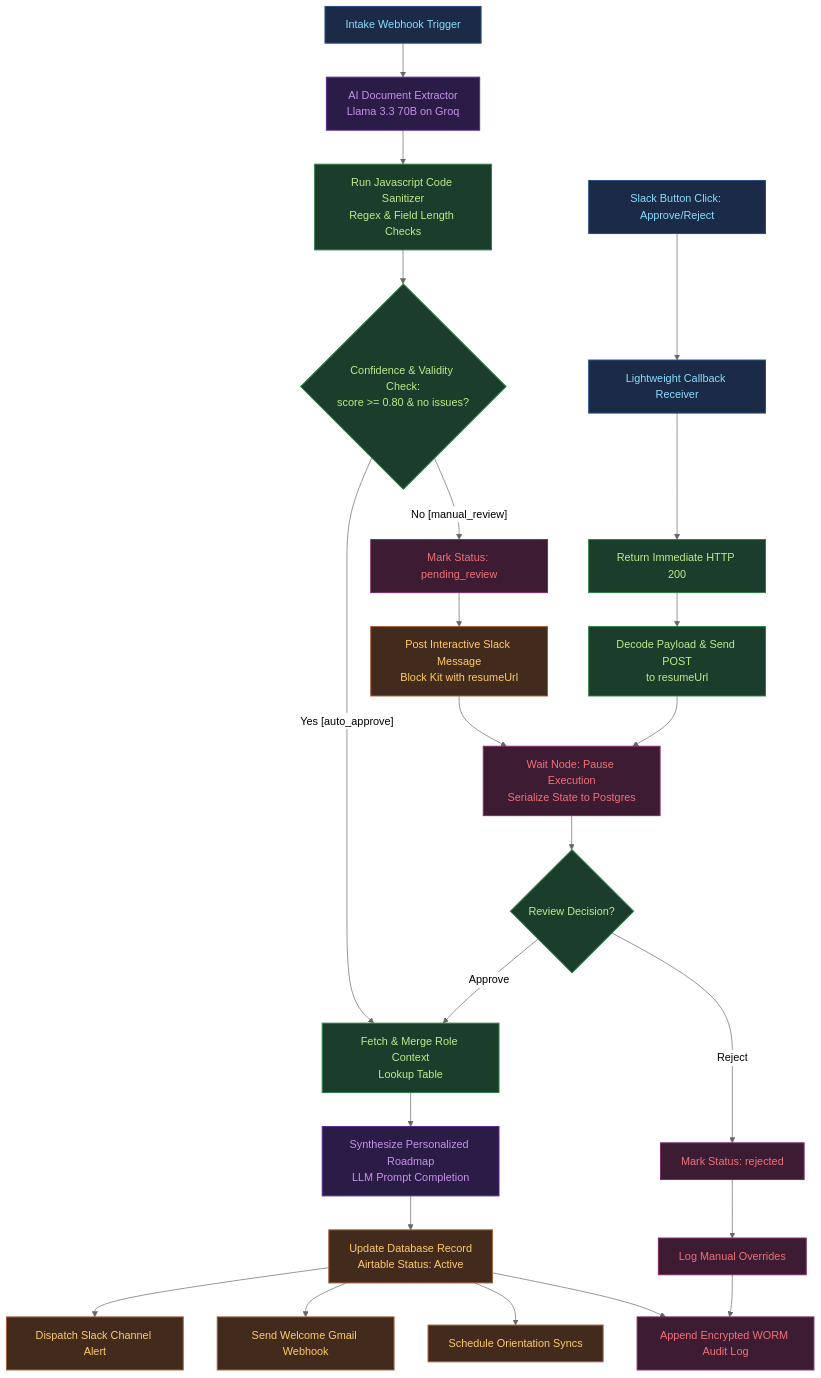
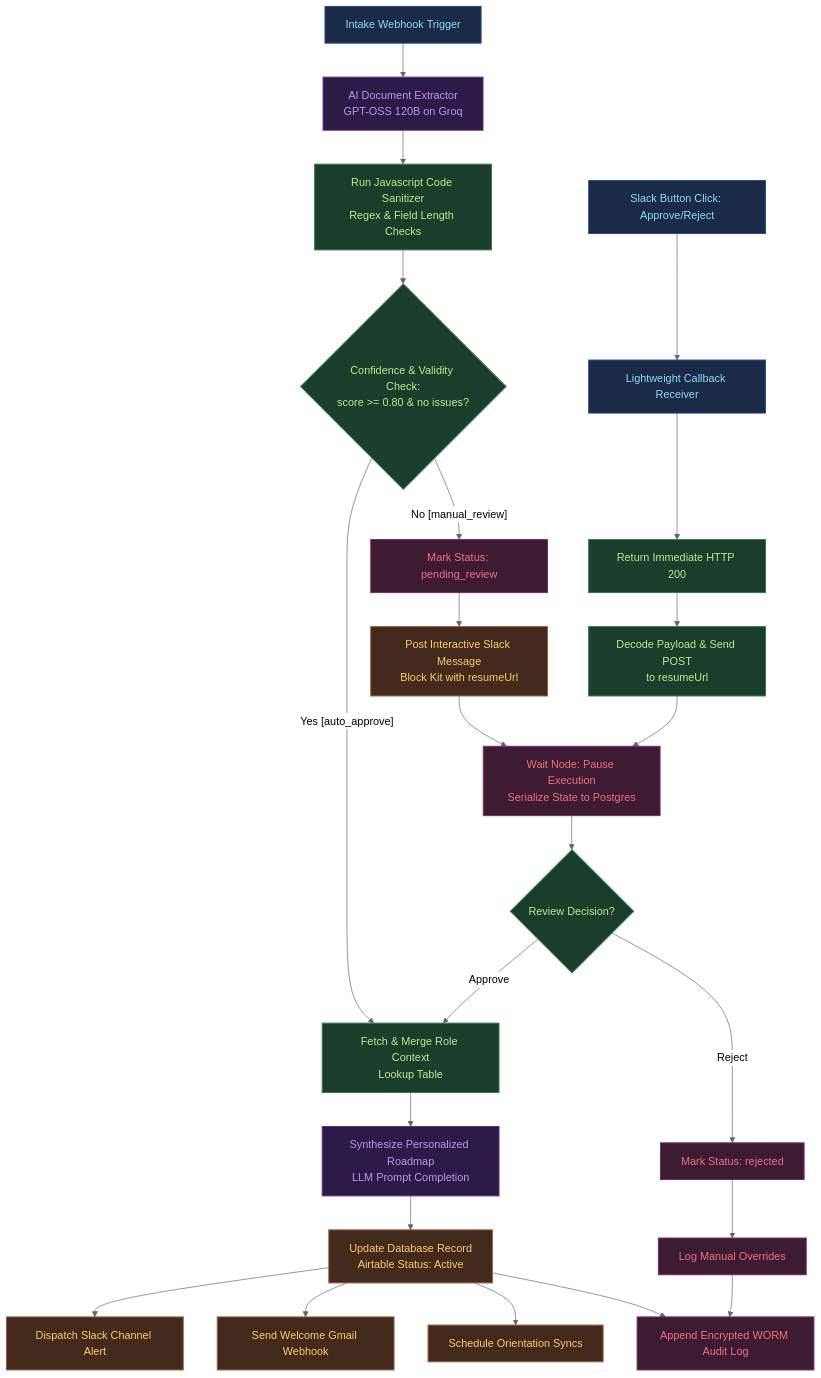
The diagram in starter/diagrams/flow.md (Ibrahim-Salman19/enterprise-ai-onboarding-automation), drawn with Mermaid (neutral theme) before and after one commit. The commit also changed 21 other files, not shown here.

````diff
--- a/starter/diagrams/flow.md
+++ b/starter/diagrams/flow.md
@@ -5,42 +5,42 @@
 ```mermaid
 flowchart TD
     %% Styling Nodes
     classDef trigger fill:#1b2a47,stroke:#264f87,stroke-width:1.5px,color:#89ddff;
     classDef ai fill:#2a1b47,stroke:#5c2d91,stroke-width:1.5px,color:#c792ea;
     classDef logic fill:#1b3d2b,stroke:#2d7d46,stroke-width:1.5px,color:#c3e88d;
     classDef system fill:#1e1e24,stroke:#3a3a4a,stroke-width:1px,color:#d4d4d8;
     classDef ext fill:#422a1d,stroke:#a15c38,stroke-width:1.5px,color:#ffcb6b;
     classDef state fill:#3d1b32,stroke:#7d2d64,stroke-width:1.5px,color:#f07178;
 
-    A[Intake Webhook Trigger]:::trigger --> B[AI Document Extractor<br/>Llama 3.3 70B on Groq]:::ai
+    A[Intake Webhook Trigger]:::trigger --> B[AI Document Extractor<br/>GPT-OSS 120B on Groq]:::ai
     B --> C[Run Javascript Code Sanitizer<br/>Regex & Field Length Checks]:::logic
     C --> D{Confidence & Validity Check:<br/>score >= 0.80 & no issues?}:::logic
     
     %% Automatic Pathway
     D -- Yes [auto_approve] --> E[Fetch & Merge Role Context<br/>Lookup Table]:::logic
     E --> F[Synthesize Personalized Roadmap<br/>LLM Prompt Completion]:::ai
     F --> G[Update Database Record<br/>Airtable Status: Active]:::ext
     G --> H[Dispatch Slack Channel Alert]:::ext
     G --> I[Send Welcome Gmail Webhook]:::ext
     G --> J[Schedule Orientation Syncs]:::ext
     
     %% Manual Queue Pathway (HITL)
     D -- No [manual_review] --> K[Mark Status: pending_review]:::state
     K --> L[Post Interactive Slack Message<br/>Block Kit with resumeUrl]:::ext
     L --> M[Wait Node: Pause Execution<br/>Serialize State to Postgres]:::state
     
     %% Slack Callback Resumption
     N[Slack Button Click: Approve/Reject]:::trigger --> O[Lightweight Callback Receiver]:::trigger
     O --> P[Return Immediate HTTP 200]:::logic
     P --> Q[Decode Payload & Send POST<br/>to resumeUrl]:::logic
     Q --> M
     
     M --> R{Review Decision?}:::logic
     R -- Approve --> E
     R -- Reject --> S[Mark Status: rejected]:::state
     S --> T[Log Manual Overrides]:::state
     
     %% Global Auditing
     G --> U[Append Encrypted WORM Audit Log]:::state
     T --> U
 ```
````
